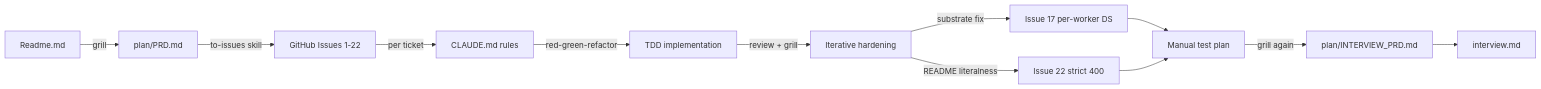
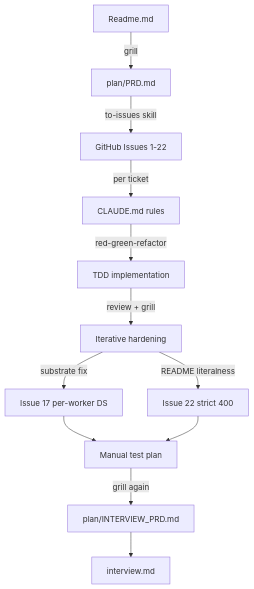
Before and after one commit to hancrafted/async-worfklow-backend-challenge: the first of 2 diagrams in interview.md, drawn with Mermaid. The commit also changed other lines of this file, not shown here.

````diff
--- a/interview.md
+++ b/interview.md
@@ -48,14 +48,14 @@
 ```mermaid
-flowchart LR
+flowchart TD
     A[Readme.md] -->|grill| B[plan/PRD.md]
     B -->|to-issues skill| C[GitHub Issues 1-22]
     C -->|per ticket| D[CLAUDE.md rules]
     D -->|red-green-refactor| E[TDD implementation]
     E -->|review + grill| F[Iterative hardening]
     F -->|substrate fix| G[Issue 17 per-worker DS]
     F -->|README literalness| H[Issue 22 strict 400]
     G --> I[Manual test plan]
     H --> I
     I -->|grill again| J[plan/INTERVIEW_PRD.md]
     J --> K[interview.md]
 ```
````
